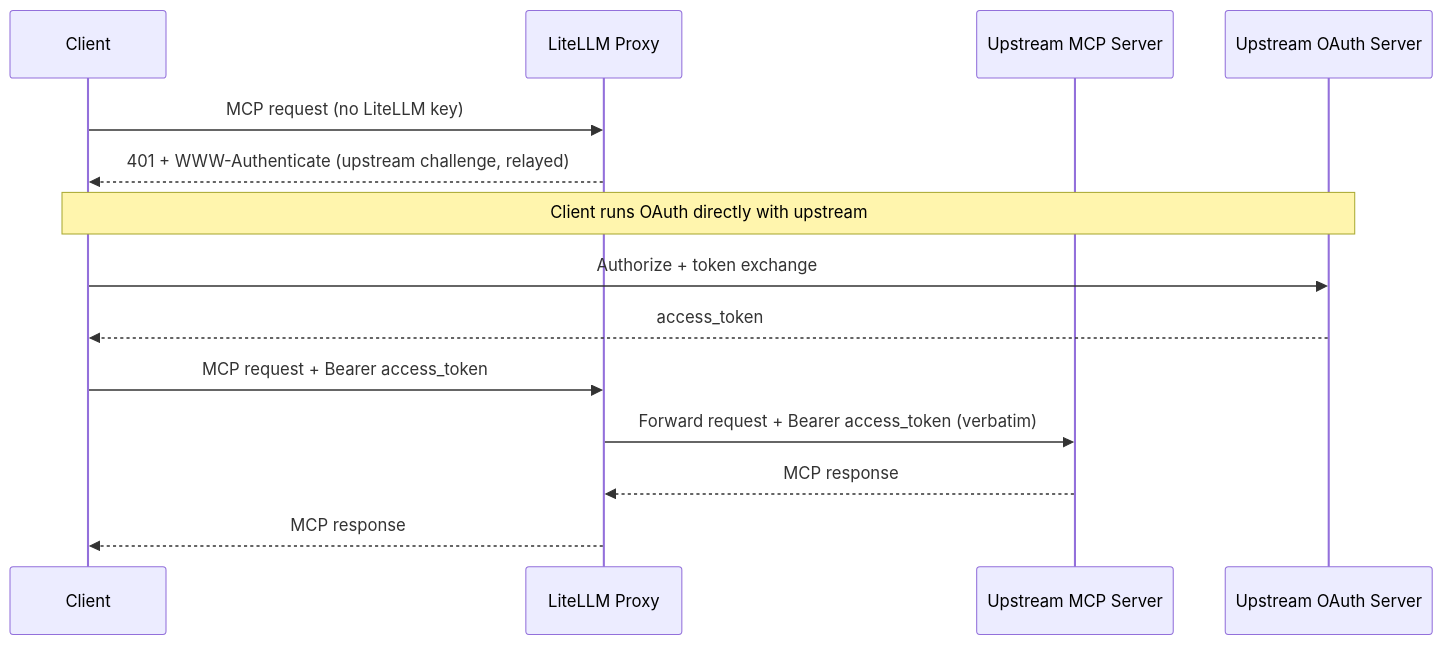
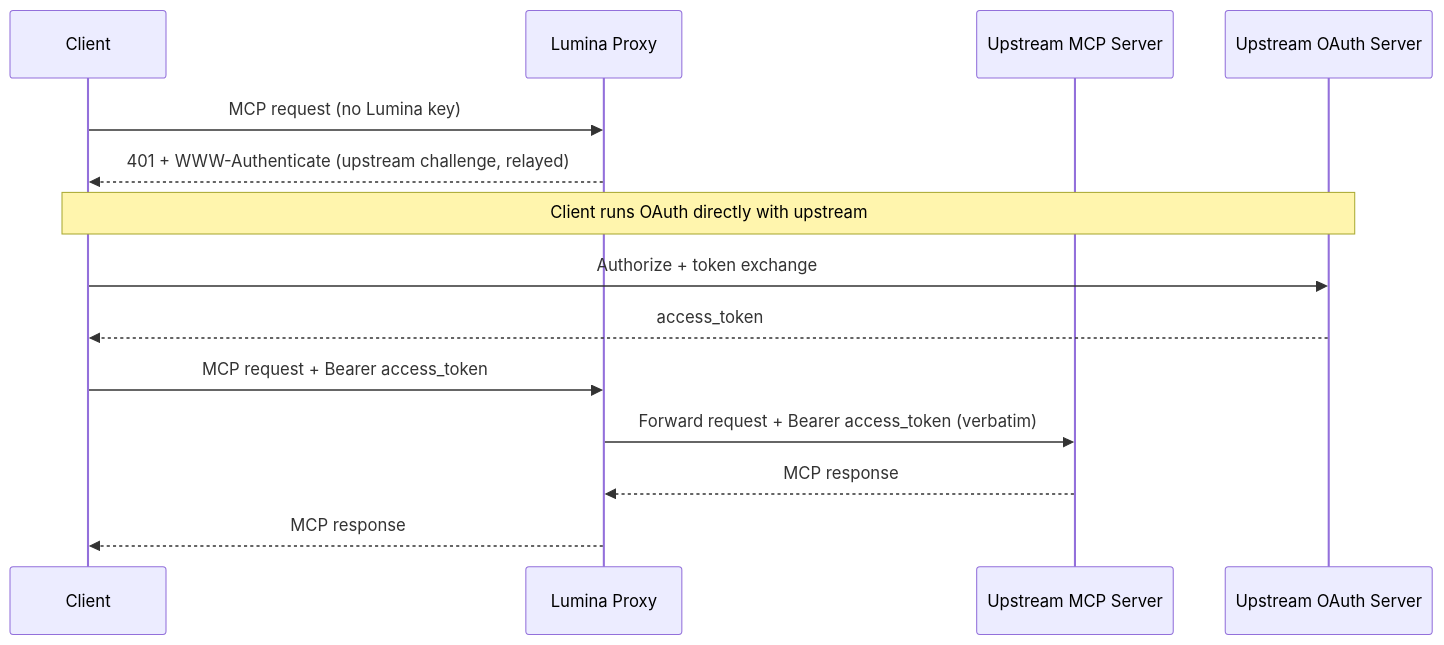
One commit to Soventra/lumina-docs changed the first of 4 diagrams in docs/mcp_oauth_passthrough.md. Above: the diagram before and after it, drawn with Mermaid. The commit also changed other lines of this file and 1578 other files, not shown here.

````diff
--- a/docs/mcp_oauth_passthrough.md
+++ b/docs/mcp_oauth_passthrough.md
@@ -54,19 +54,19 @@
 ```mermaid
 sequenceDiagram
     participant Client
-    participant LiteLLM as LiteLLM Proxy
+    participant Lumina as Lumina Proxy
     participant MCP as Upstream MCP Server
     participant Auth as Upstream OAuth Server
 
-    Client->>LiteLLM: MCP request (no LiteLLM key)
-    LiteLLM-->>Client: 401 + WWW-Authenticate (upstream challenge, relayed)
+    Client->>Lumina: MCP request (no Lumina key)
+    Lumina-->>Client: 401 + WWW-Authenticate (upstream challenge, relayed)
 
     Note over Client,Auth: Client runs OAuth directly with upstream
     Client->>Auth: Authorize + token exchange
     Auth-->>Client: access_token
 
-    Client->>LiteLLM: MCP request + Bearer access_token
-    LiteLLM->>MCP: Forward request + Bearer access_token (verbatim)
-    MCP-->>LiteLLM: MCP response
-    LiteLLM-->>Client: MCP response
+    Client->>Lumina: MCP request + Bearer access_token
+    Lumina->>MCP: Forward request + Bearer access_token (verbatim)
+    MCP-->>Lumina: MCP response
+    Lumina-->>Client: MCP response
 ```
````
